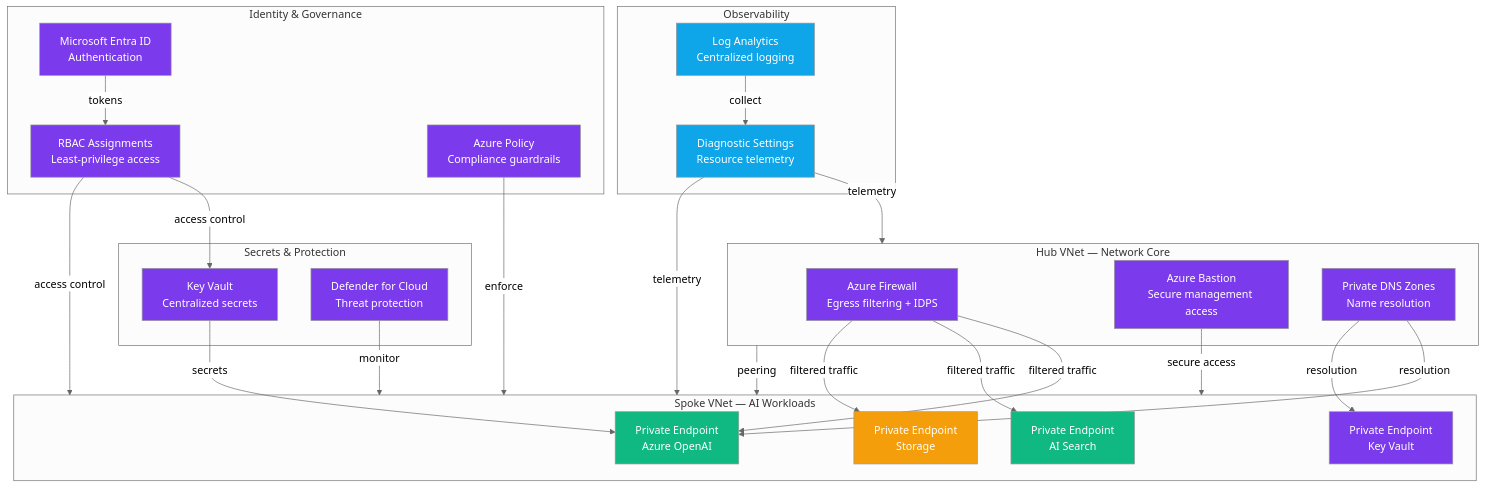
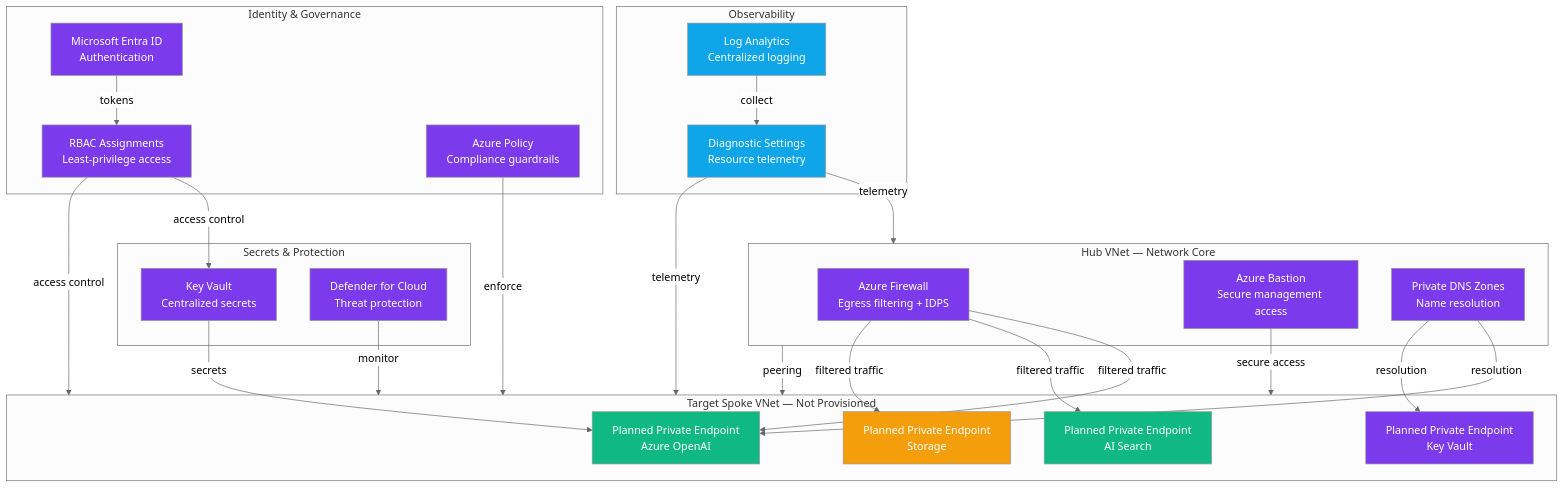
Before and after one commit to frootai/frootai: the diagram in .factory/docs/solution-plays/02-ai-landing-zone.mdx, drawn with Mermaid (neutral theme). The commit also changed other lines of this file and 103 other files, not shown here.

````diff
--- a/.factory/docs/solution-plays/02-ai-landing-zone.mdx
+++ b/.factory/docs/solution-plays/02-ai-landing-zone.mdx
@@ -31,63 +31,63 @@
 ```mermaid
 graph TB
     subgraph Hub["Hub VNet — Network Core"]
         FW[Azure Firewall<br/>Egress filtering + IDPS]
         BAS[Azure Bastion<br/>Secure management access]
         DNS[Private DNS Zones<br/>Name resolution]
     end
 
-    subgraph Spoke["Spoke VNet — AI Workloads"]
-        PE_AOI[Private Endpoint<br/>Azure OpenAI]
-        PE_SEARCH[Private Endpoint<br/>AI Search]
-        PE_STOR[Private Endpoint<br/>Storage]
-        PE_KV[Private Endpoint<br/>Key Vault]
+    subgraph Spoke["Target Spoke VNet — Not Provisioned"]
+        PE_AOI[Planned Private Endpoint<br/>Azure OpenAI]
+        PE_SEARCH[Planned Private Endpoint<br/>AI Search]
+        PE_STOR[Planned Private Endpoint<br/>Storage]
+        PE_KV[Planned Private Endpoint<br/>Key Vault]
     end
 
     subgraph Identity["Identity & Governance"]
         ENTRA[Microsoft Entra ID<br/>Authentication]
         RBAC[RBAC Assignments<br/>Least-privilege access]
         POLICY[Azure Policy<br/>Compliance guardrails]
     end
 
     subgraph Security["Secrets & Protection"]
         KV[Key Vault<br/>Centralized secrets]
         DEF[Defender for Cloud<br/>Threat protection]
     end
 
     subgraph Monitoring["Observability"]
         LA[Log Analytics<br/>Centralized logging]
         DIAG[Diagnostic Settings<br/>Resource telemetry]
     end
 
     Hub -->|peering| Spoke
     FW -->|filtered traffic| PE_AOI
     FW -->|filtered traffic| PE_SEARCH
     FW -->|filtered traffic| PE_STOR
     BAS -->|secure access| Spoke
     DNS -->|resolution| PE_AOI
     DNS -->|resolution| PE_KV
     ENTRA -->|tokens| RBAC
     RBAC -->|access control| KV
     RBAC -->|access control| Spoke
     POLICY -->|enforce| Spoke
     DEF -->|monitor| Spoke
     KV -->|secrets| PE_AOI
     LA -->|collect| DIAG
     DIAG -->|telemetry| Hub
     DIAG -->|telemetry| Spoke
 
     style FW fill:#7c3aed,color:#fff
     style BAS fill:#7c3aed,color:#fff
     style DNS fill:#7c3aed,color:#fff
     style PE_AOI fill:#10b981,color:#fff
     style PE_SEARCH fill:#10b981,color:#fff
     style PE_STOR fill:#f59e0b,color:#fff
     style PE_KV fill:#7c3aed,color:#fff
     style ENTRA fill:#7c3aed,color:#fff
     style RBAC fill:#7c3aed,color:#fff
     style POLICY fill:#7c3aed,color:#fff
     style KV fill:#7c3aed,color:#fff
     style DEF fill:#7c3aed,color:#fff
     style LA fill:#0ea5e9,color:#fff
     style DIAG fill:#0ea5e9,color:#fff
 ```
````
